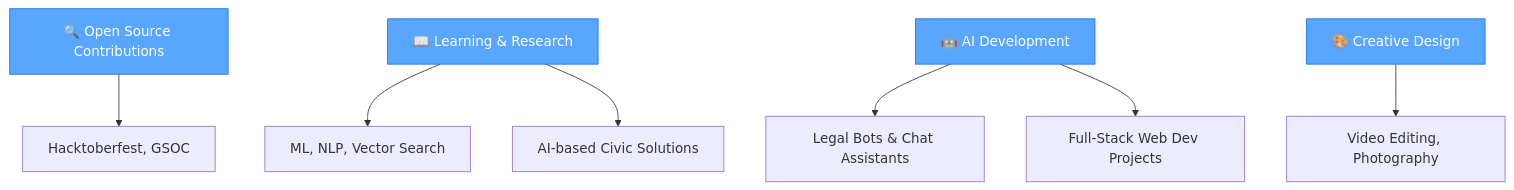
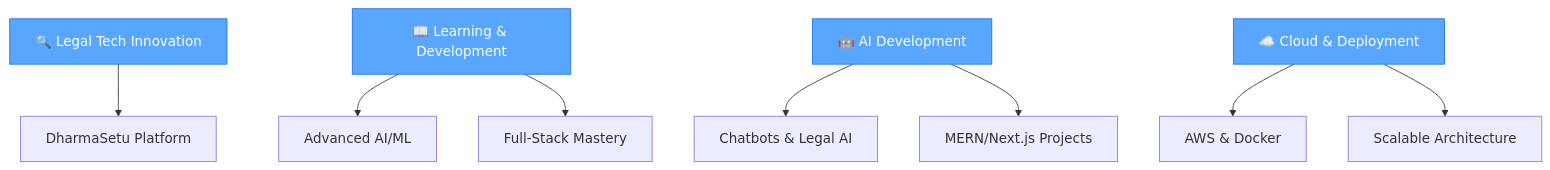
The diagram in README.md (Abhinavpapini/Abhinavpapini), drawn with Mermaid before and after one commit. The commit also changed other lines of this file, not shown here.

````diff
--- a/README.md
+++ b/README.md
@@ -68,14 +63,15 @@
 ```mermaid
 graph TD
-    A[🔍 Open Source Contributions] --> B[Hacktoberfest, GSOC]
-    C[📖 Learning & Research] --> D[ML, NLP, Vector Search]
-    C --> E[AI-based Civic Solutions]
-    F[🤖 AI Development] --> G[Legal Bots & Chat Assistants]
-    F --> H[Full-Stack Web Dev Projects]
-    I[🎨 Creative Design] --> J[Video Editing, Photography]
-
+    A[🔍 Legal Tech Innovation] --> B[DharmaSetu Platform]
+    C[📖 Learning & Development] --> D[Advanced AI/ML]
+    C --> E[Full-Stack Mastery]
+    F[🤖 AI Development] --> G[Chatbots & Legal AI]
+    F --> H[MERN/Next.js Projects]
+    I[☁️ Cloud & Deployment] --> J[AWS & Docker]
+    I --> K[Scalable Architecture]
+    
     style A fill:#58A6FF,stroke:#1F6FEB,color:#fff
     style C fill:#58A6FF,stroke:#1F6FEB,color:#fff
     style F fill:#58A6FF,stroke:#1F6FEB,color:#fff
     style I fill:#58A6FF,stroke:#1F6FEB,color:#fff
 ```
````
